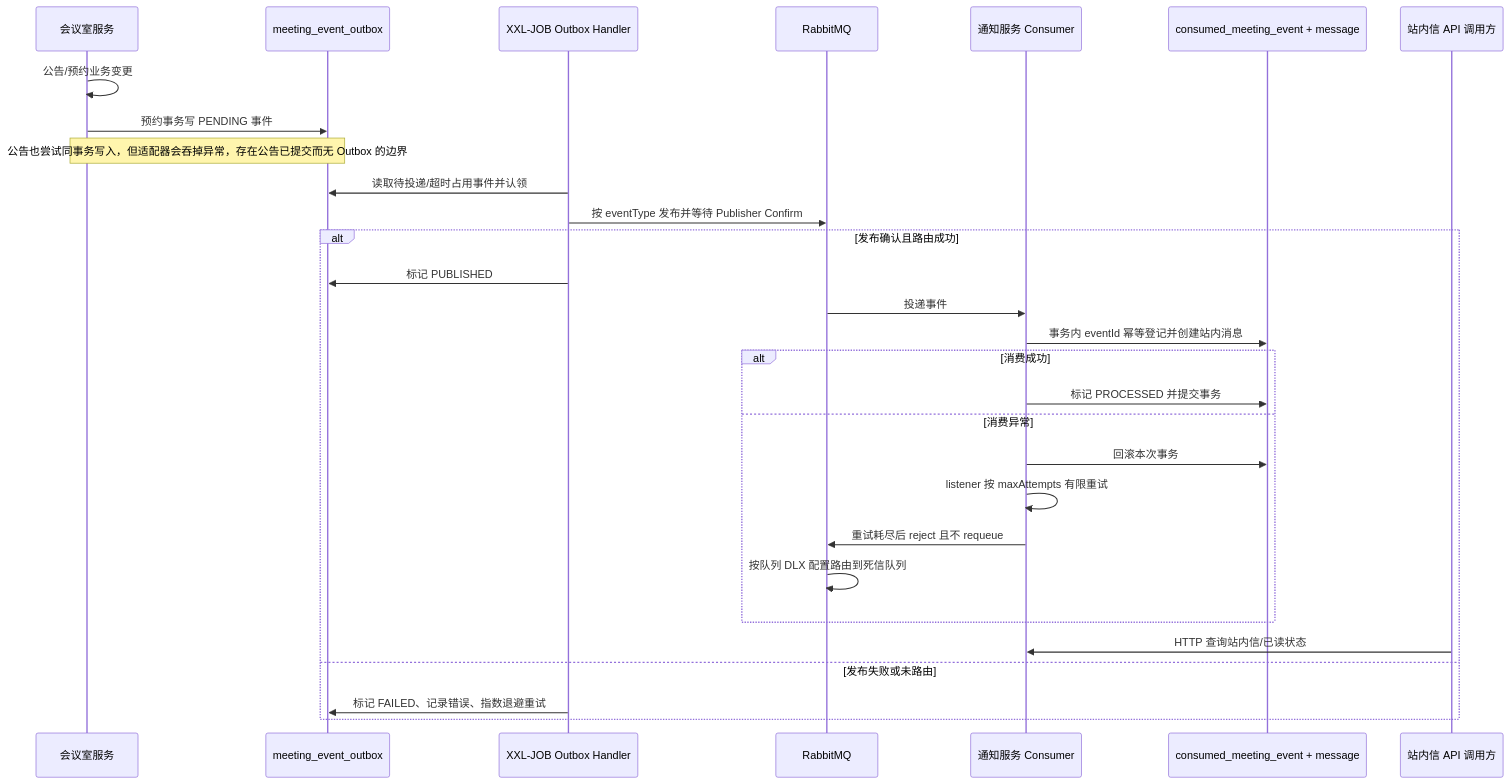
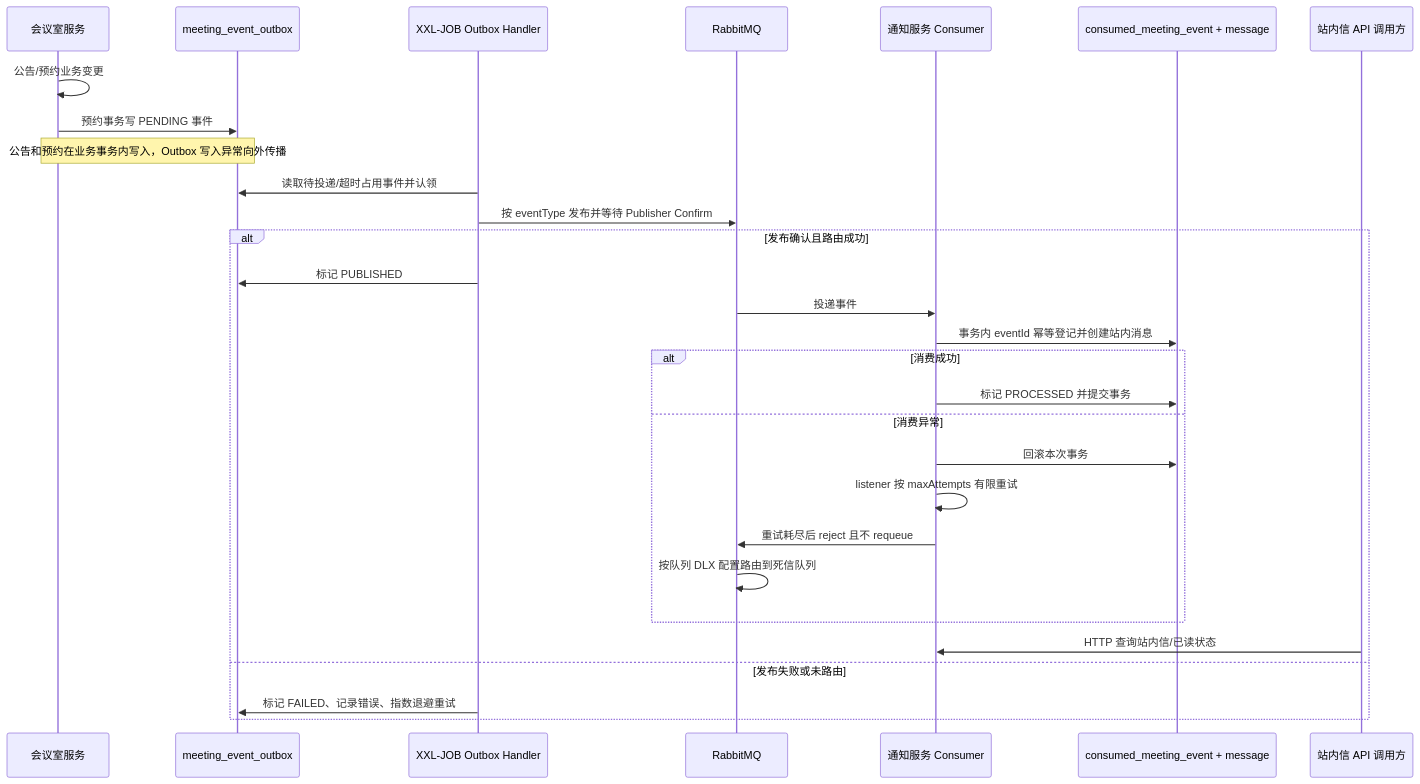
The fifth of 7 diagrams in docs/week9/ylshen-work-deliverables.md (MrWittgenstein/meeting-room-system), drawn with Mermaid before and after one commit. The commit also changed other lines of this file and 42 other files, not shown here.

````diff
--- a/docs/week9/ylshen-work-deliverables.md
+++ b/docs/week9/ylshen-work-deliverables.md
@@ -241,31 +243,31 @@
 ```mermaid
 sequenceDiagram
     participant B as 会议室服务
     participant DB as meeting_event_outbox
     participant J as XXL-JOB Outbox Handler
     participant Q as RabbitMQ
     participant N as 通知服务 Consumer
     participant ND as consumed_meeting_event + message
     participant UI as 站内信 API 调用方
     B->>B: 公告/预约业务变更
     B->>DB: 预约事务写 PENDING 事件
-    Note over B,DB: 公告也尝试同事务写入，但适配器会吞掉异常，存在公告已提交而无 Outbox 的边界
+    Note over B,DB: 公告和预约在业务事务内写入，Outbox 写入异常向外传播
     J->>DB: 读取待投递/超时占用事件并认领
     J->>Q: 按 eventType 发布并等待 Publisher Confirm
     alt 发布确认且路由成功
         J->>DB: 标记 PUBLISHED
         Q->>N: 投递事件
         N->>ND: 事务内 eventId 幂等登记并创建站内消息
         alt 消费成功
             N->>ND: 标记 PROCESSED 并提交事务
         else 消费异常
             N->>ND: 回滚本次事务
             N->>N: listener 按 maxAttempts 有限重试
             N->>Q: 重试耗尽后 reject 且不 requeue
             Q->>Q: 按队列 DLX 配置路由到死信队列
         end
         UI->>N: HTTP 查询站内信/已读状态
     else 发布失败或未路由
         J->>DB: 标记 FAILED、记录错误、指数退避重试
     end
 ```
````
